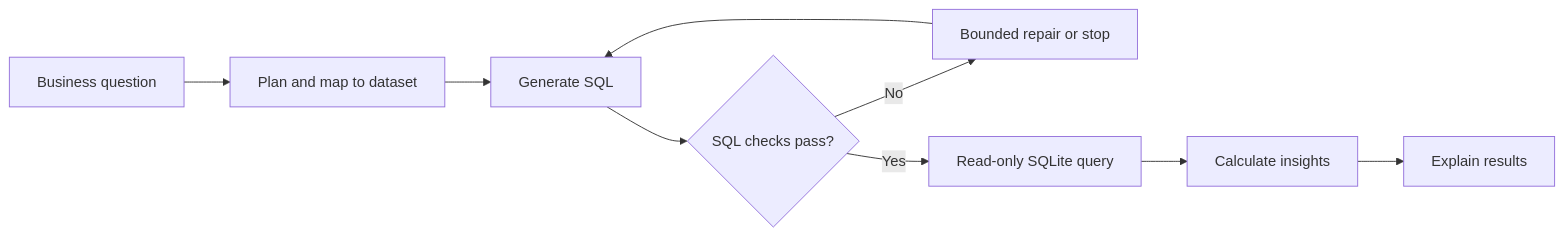
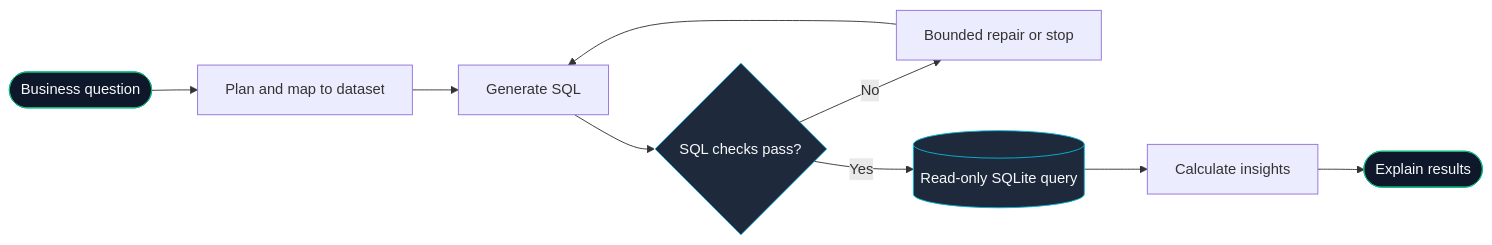
Before and after one commit to omrohitchannoji/GenAI_Data_Analyst_Agent: the diagram in Readme.md, drawn with Mermaid. The commit also changed other lines of this file, not shown here.

````diff
--- a/Readme.md
+++ b/Readme.md
@@ -18,11 +27,16 @@
 ```mermaid
 flowchart LR
-    A[Business question] --> B[Plan and map to dataset]
+    A([Business question]) --> B[Plan and map to dataset]
     B --> C[Generate SQL]
     C --> D{SQL checks pass?}
     D -- No --> E[Bounded repair or stop]
     E --> C
-    D -- Yes --> F[Read-only SQLite query]
+    D -- Yes --> F[(Read-only SQLite query)]
     F --> G[Calculate insights]
-    G --> H[Explain results]
+    G --> H([Explain results])
+
+    style A fill:#0f172a,stroke:#10b981,color:#f8fafc
+    style H fill:#0f172a,stroke:#10b981,color:#f8fafc
+    style D fill:#1e293b,stroke:#38bdf8,color:#f8fafc
+    style F fill:#1e293b,stroke:#06b6d4,color:#f8fafc
 ```
````
